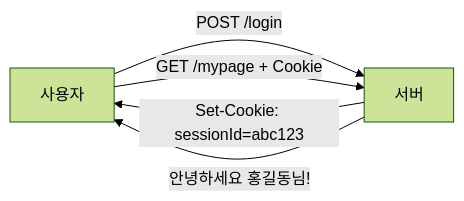
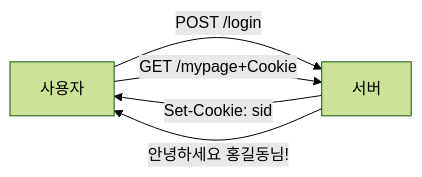
Before and after one commit to yjkim2015/yjkim2015.github.io: the third of 4 diagrams in _posts/http/2021-01-24-http-6.md, drawn with Mermaid (forest theme). The commit also changed other lines of this file and 245 other files, not shown here.

First line of the commit message:
Mermaid 다이어그램 전면 수정 + 면접 포인트 접기/펼치기 + DB 데드락 페이지

````diff
--- a/_posts/http/2021-01-24-http-6.md
+++ b/_posts/http/2021-01-24-http-6.md
@@ -188,7 +188,7 @@
 ```mermaid
 graph LR
     U["사용자"] -->|"POST /login"| S["서버"]
-    S -->|"Set-Cookie: sessionId=abc123"| U
-    U -->|"GET /mypage + Cookie"| S
+    S -->|"Set-Cookie: sid"| U
+    U -->|"GET /mypage+Cookie"| S
     S -->|"안녕하세요 홍길동님!"| U
 ```
````
